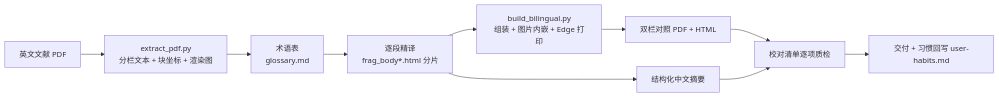
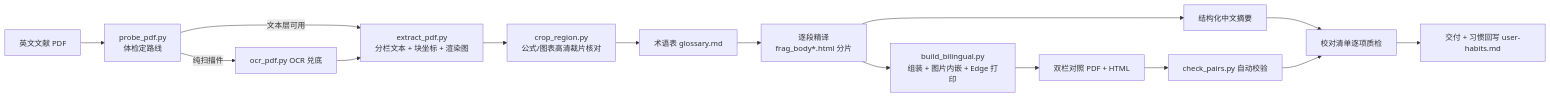
One commit to dx2002tq97/literature-fine-translation changed the diagram in README.md. Above: the diagram before and after it, drawn with Mermaid. The commit also changed other lines of this file and 5 other files, not shown here.

First line of the commit message:
Expand toolbox to six scripts: probe/crop_region/ocr_pdf/check_pairs

````diff
--- a/README.md
+++ b/README.md
@@ -30,12 +30,17 @@
 ```mermaid
 flowchart LR
-    A[英文文献 PDF] --> B[extract_pdf.py<br/>分栏文本 + 块坐标 + 渲染图]
-    B --> C[术语表<br/>glossary.md]
+    A[英文文献 PDF] --> P[probe_pdf.py<br/>体检定路线]
+    P -->|纯扫描件| O[ocr_pdf.py OCR 兑底]
+    P -->|文本层可用| B[extract_pdf.py<br/>分栏文本 + 块坐标 + 渲染图]
+    O --> B
+    B --> Q[crop_region.py<br/>公式/图表高清裁片核对]
+    Q --> C[术语表 glossary.md]
     C --> D[逐段精译<br/>frag_body*.html 分片]
     D --> E[build_bilingual.py<br/>组装 + 图片内嵌 + Edge 打印]
     E --> F[双栏对照 PDF + HTML]
     D --> G[结构化中文摘要]
-    F --> H[校对清单逐项质检]
-    G --> H
+    F --> K[check_pairs.py 自动校验]
+    G --> H[校对清单逐项质检]
+    K --> H
     H --> I[交付 + 习惯回写 user-habits.md]
 ```
````
